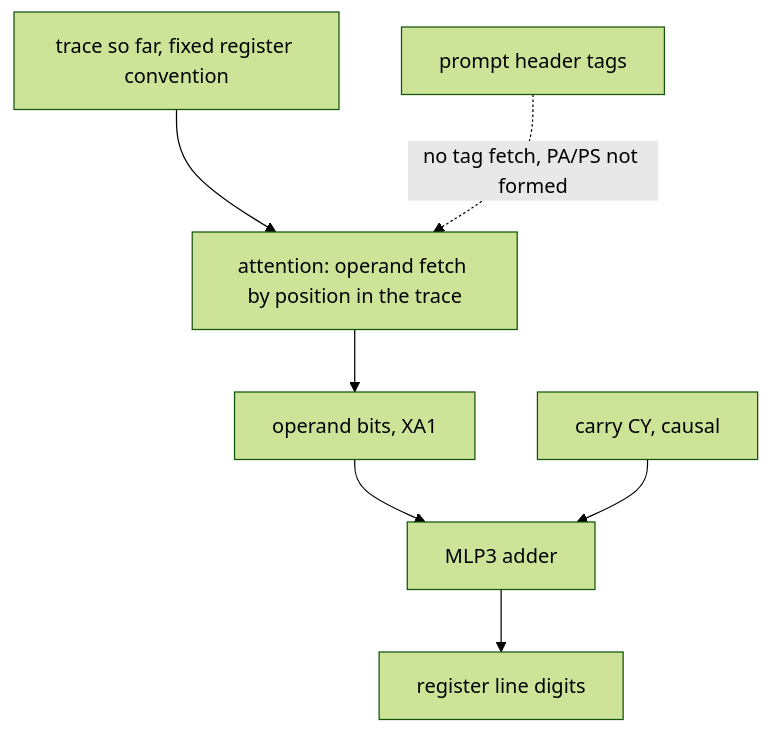
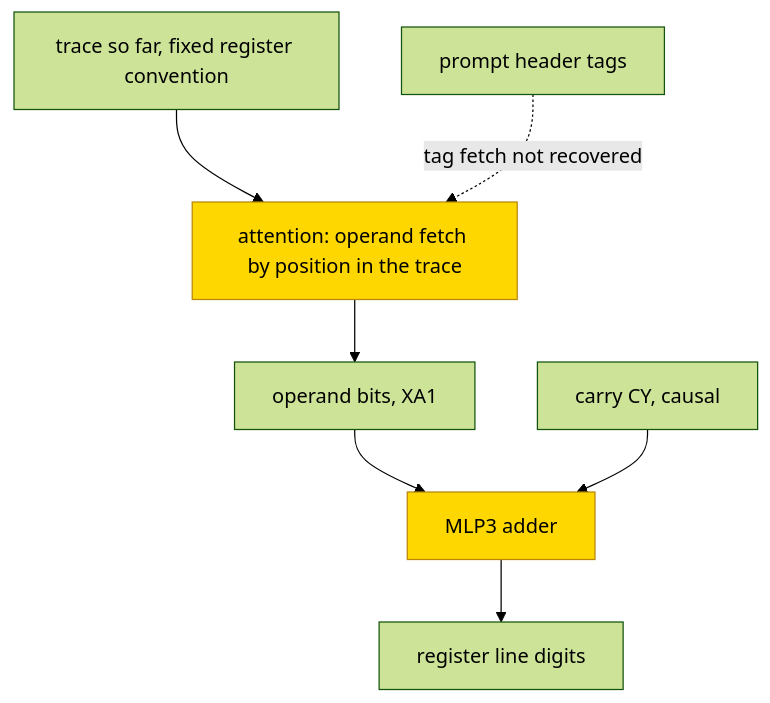
Before and after one commit to jc1122/mechanistic-interpretability-circuit-atlas: the second of 2 diagrams in entries/compose-arithmetic-registers.md, drawn with Mermaid (forest theme). The commit also changed other lines of this file and 54 other files, not shown here.

````diff
--- a/entries/compose-arithmetic-registers.md
+++ b/entries/compose-arithmetic-registers.md
@@ -177,9 +187,11 @@
 ```mermaid
 flowchart TD
     T["trace so far, fixed register convention"] --> F["attention: operand fetch by position in the trace"]
-    H["prompt header tags"] -.->|"no tag fetch, PA/PS not formed"| F
+    H["prompt header tags"] -.->|"tag fetch not recovered"| F
     F --> X["operand bits, XA1"]
     X --> M3["MLP3 adder"]
     CY["carry CY, causal"] --> M3
     M3 --> Y["register line digits"]
+    classDef trained fill:gold,stroke:darkgoldenrod,color:black
+    class F,M3 trained
 ```
````
